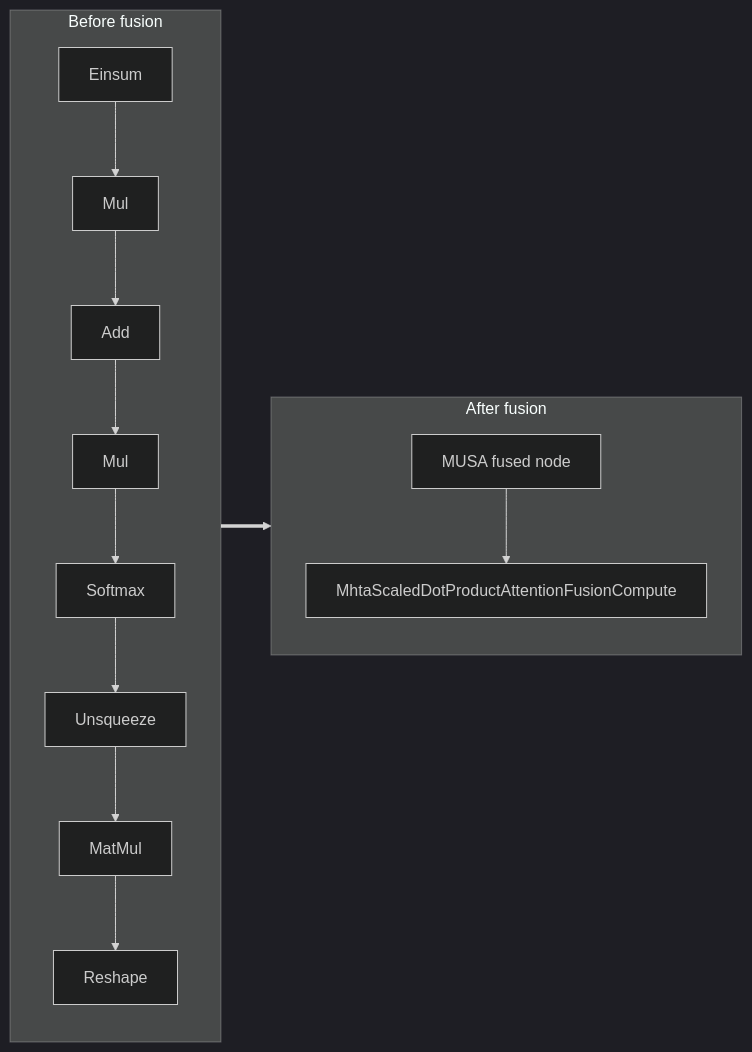
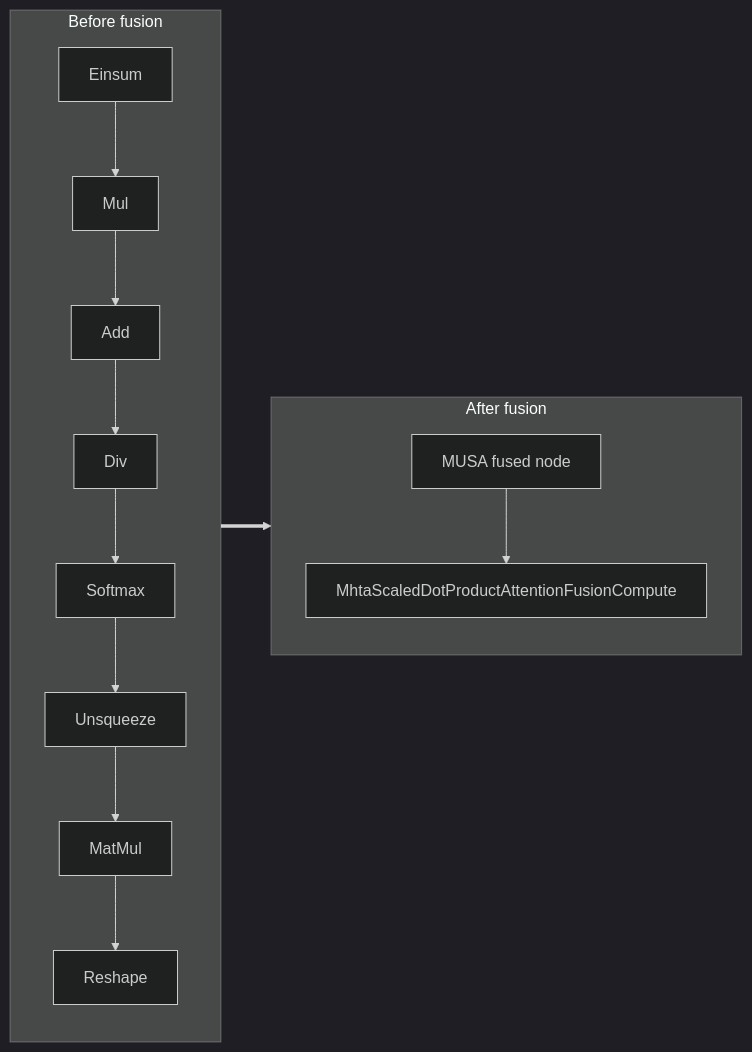
The diagram in musa/docs/fusion/mhta_scaled_dot_product_attention.md (MooreThreads/onnxruntime-musa), drawn with Mermaid (dark theme) before and after one commit. The commit also changed other lines of this file and 3 other files, not shown here.

````diff
--- a/musa/docs/fusion/mhta_scaled_dot_product_attention.md
+++ b/musa/docs/fusion/mhta_scaled_dot_product_attention.md
@@ -24,26 +24,26 @@
 ```mermaid
 flowchart LR
   subgraph Before[Before fusion]
     B0["Einsum"]
     B1["Mul"]
     B2["Add"]
-    B3["Mul"]
+    B3["Div"]
     B4["Softmax"]
     B5["Unsqueeze"]
     B6["MatMul"]
     B7["Reshape"]
     B0 --> B1
     B1 --> B2
     B2 --> B3
     B3 --> B4
     B4 --> B5
     B5 --> B6
     B6 --> B7
   end
   subgraph After[After fusion]
     A0["MUSA fused node"]
     A1["MhtaScaledDotProductAttentionFusionCompute"]
     A0 --> A1
   end
   Before ==> After
 ```
````
